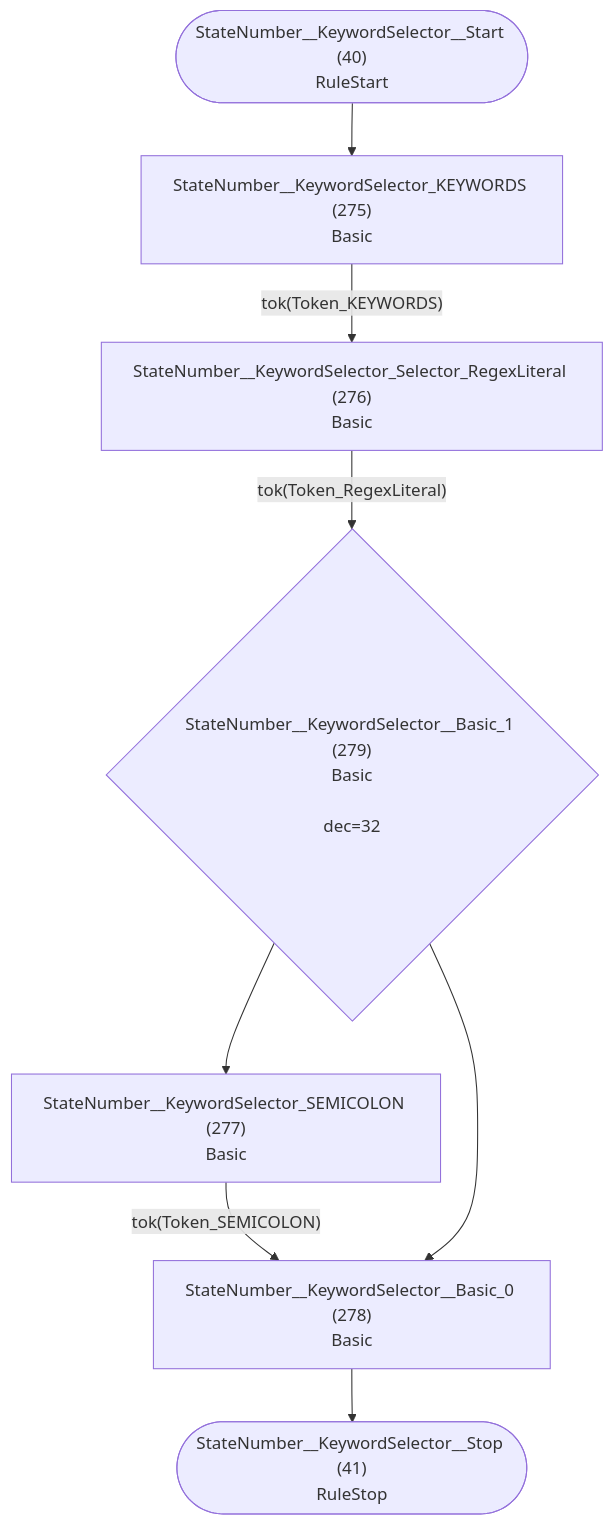
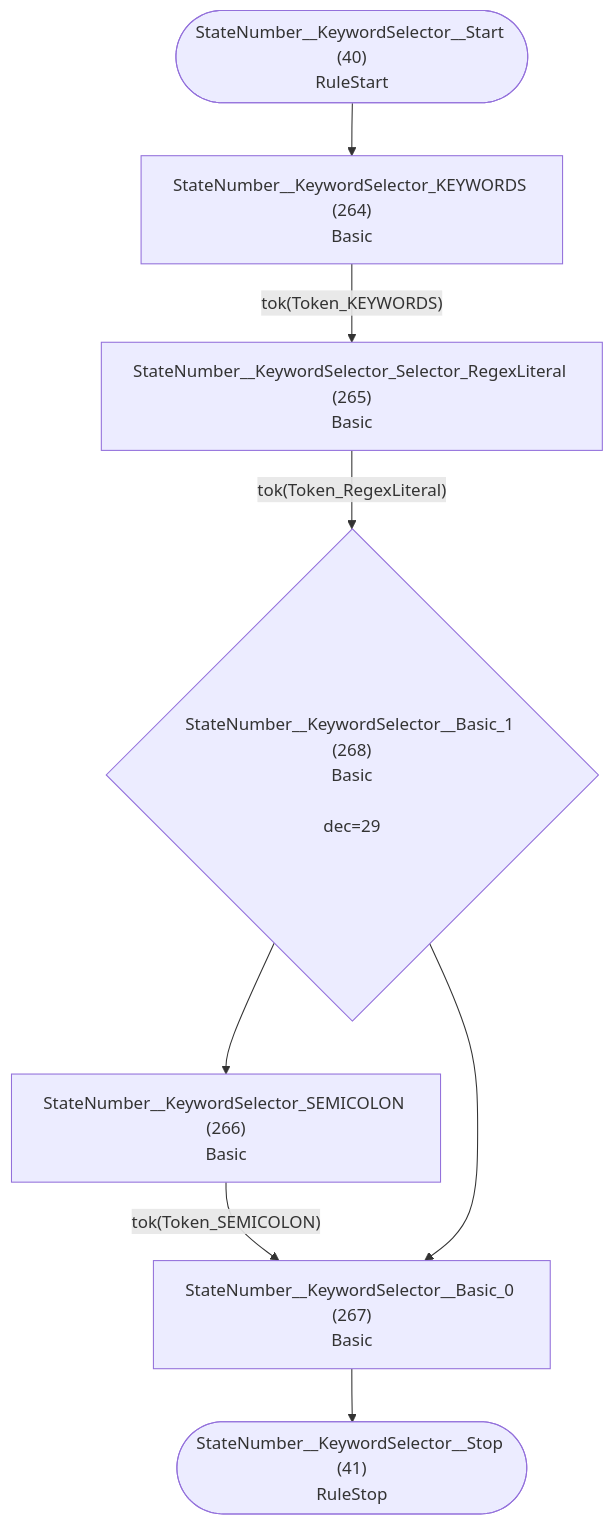
One commit to TypeFox/fastbelt changed diagram 21 of 36 in internal/grammar/atn.md. Above: the diagram before and after it, drawn with Mermaid. The commit also changed other lines of this file and 9 other files, not shown here.

````diff
--- a/internal/grammar/atn.md
+++ b/internal/grammar/atn.md
@@ -654,18 +629,18 @@
 ```mermaid
 flowchart TD
     q40(["StateNumber__KeywordSelector__Start (40)<br/>RuleStart"])
     q41(["StateNumber__KeywordSelector__Stop (41)<br/>RuleStop"])
-    q275["StateNumber__KeywordSelector_KEYWORDS (275)<br/>Basic<br/>"]
-    q276["StateNumber__KeywordSelector_Selector_RegexLiteral (276)<br/>Basic<br/>"]
-    q277["StateNumber__KeywordSelector_SEMICOLON (277)<br/>Basic<br/>"]
-    q278["StateNumber__KeywordSelector__Basic_0 (278)<br/>Basic<br/>"]
-    q279{"StateNumber__KeywordSelector__Basic_1 (279)<br/>Basic<br/><br/>dec=32"}
+    q264["StateNumber__KeywordSelector_KEYWORDS (264)<br/>Basic<br/>"]
+    q265["StateNumber__KeywordSelector_Selector_RegexLiteral (265)<br/>Basic<br/>"]
+    q266["StateNumber__KeywordSelector_SEMICOLON (266)<br/>Basic<br/>"]
+    q267["StateNumber__KeywordSelector__Basic_0 (267)<br/>Basic<br/>"]
+    q268{"StateNumber__KeywordSelector__Basic_1 (268)<br/>Basic<br/><br/>dec=29"}
 
-    q40 --> q275
-    q275 -->|"tok(Token_KEYWORDS)"| q276
-    q276 -->|"tok(Token_RegexLiteral)"| q279
-    q277 -->|"tok(Token_SEMICOLON)"| q278
-    q278 --> q41
-    q279 --> q277
-    q279 --> q278
+    q40 --> q264
+    q264 -->|"tok(Token_KEYWORDS)"| q265
+    q265 -->|"tok(Token_RegexLiteral)"| q268
+    q266 -->|"tok(Token_SEMICOLON)"| q267
+    q267 --> q41
+    q268 --> q266
+    q268 --> q267
 ```
````
